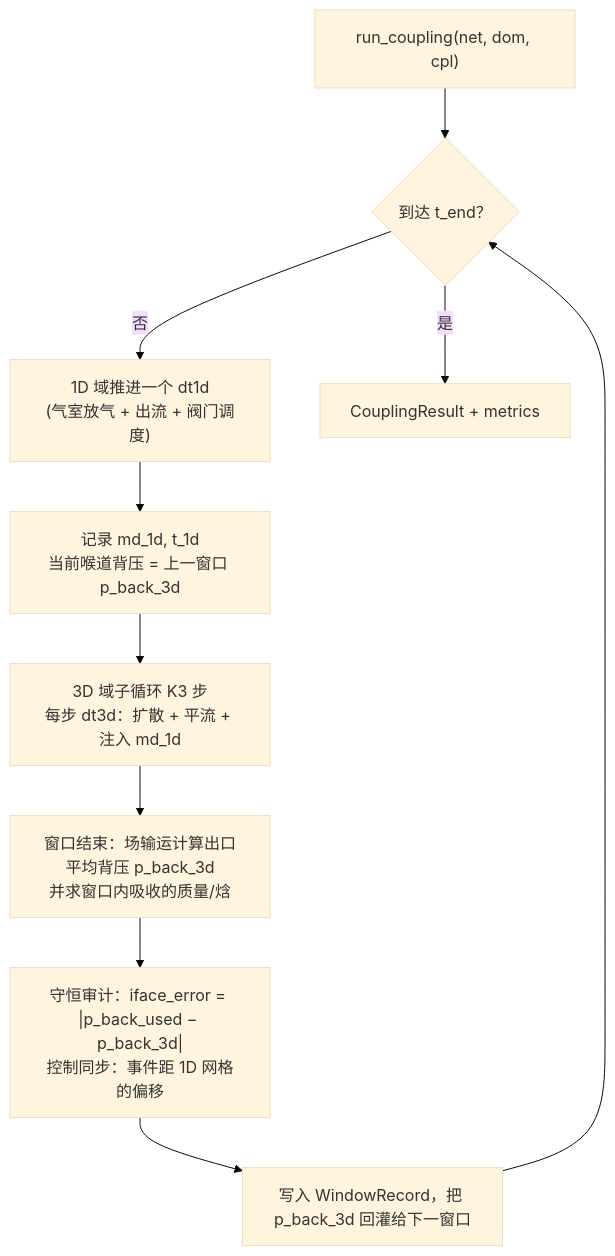
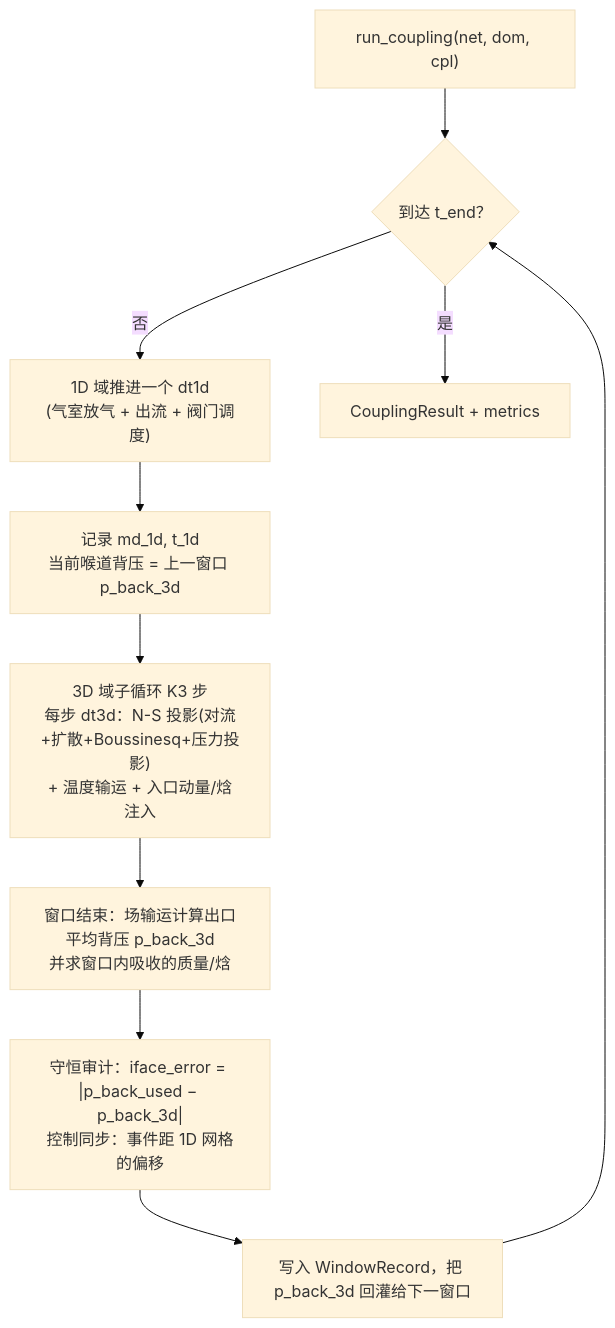
Before and after one commit to SnowLeopard-io/ErgalicsStudio: the first of 2 diagrams in docs/technical/10-流体双向耦合求解器.md, drawn with Mermaid (base theme). The commit also changed other lines of this file and 18 other files, not shown here.

````diff
--- a/docs/technical/10-流体双向耦合求解器.md
+++ b/docs/technical/10-流体双向耦合求解器.md
@@ -56,12 +56,12 @@
 ```mermaid
 flowchart TD
     A["run_coupling(net, dom, cpl)"] --> B{"到达 t_end？"}
     B -- 否 --> C["1D 域推进一个 dt1d<br/>(气室放气 + 出流 + 阀门调度)"]
     C --> D["记录 md_1d, t_1d<br/>当前喉道背压 = 上一窗口 p_back_3d"]
-    D --> E["3D 域子循环 K3 步<br/>每步 dt3d：扩散 + 平流 + 注入 md_1d"]
+    D --> E["3D 域子循环 K3 步<br/>每步 dt3d：N-S 投影(对流+扩散+Boussinesq+压力投影)<br/>+ 温度输运 + 入口动量/焓注入"]
     E --> F["窗口结束：场输运计算出口平均背压 p_back_3d<br/>并求窗口内吸收的质量/焓"]
     F --> G["守恒审计：iface_error = |p_back_used − p_back_3d|<br/>控制同步：事件距 1D 网格的偏移"]
     G --> H["写入 WindowRecord，把 p_back_3d 回灌给下一窗口"]
     H --> B
     B -- 是 --> I["CouplingResult + metrics"]
 ```
````
